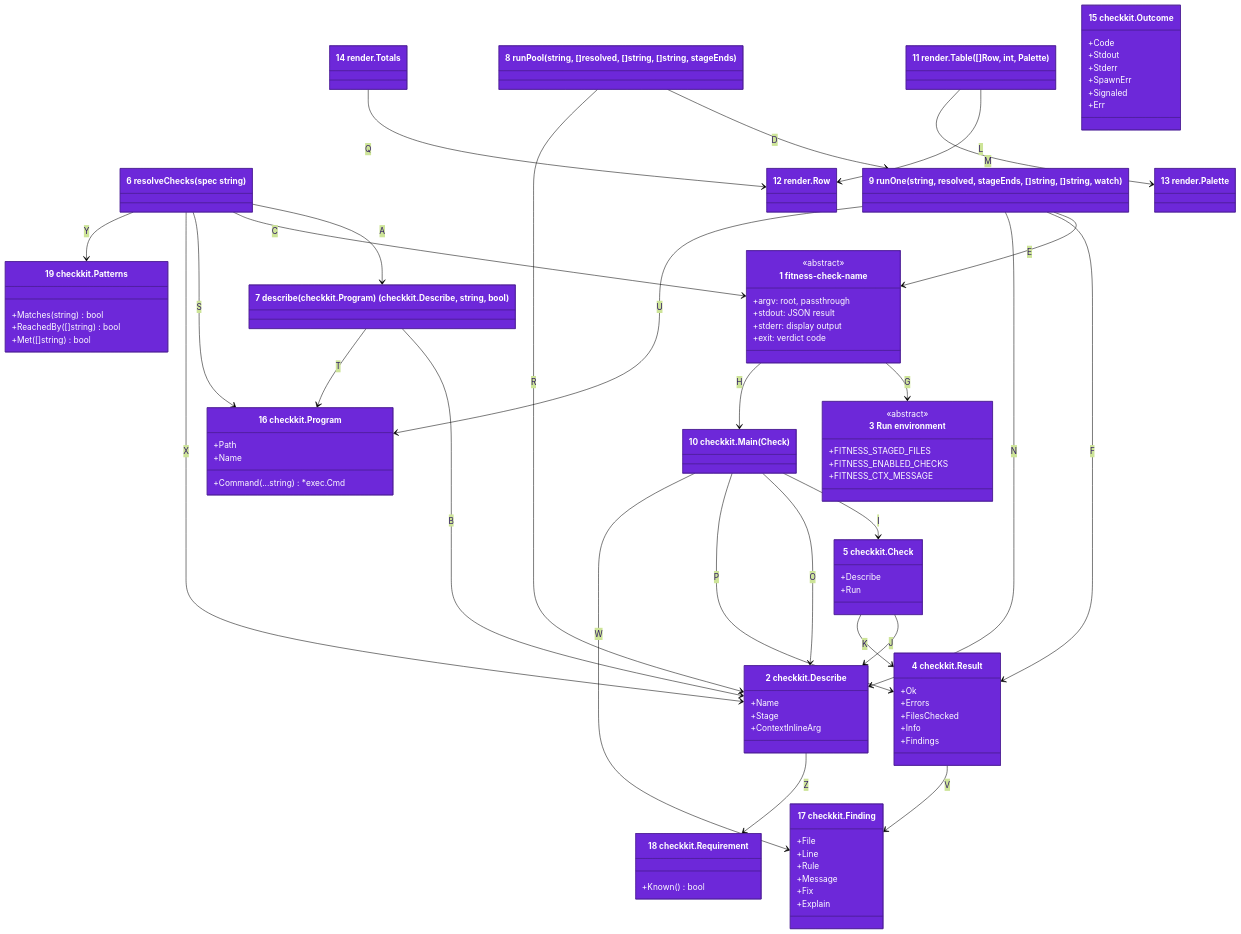
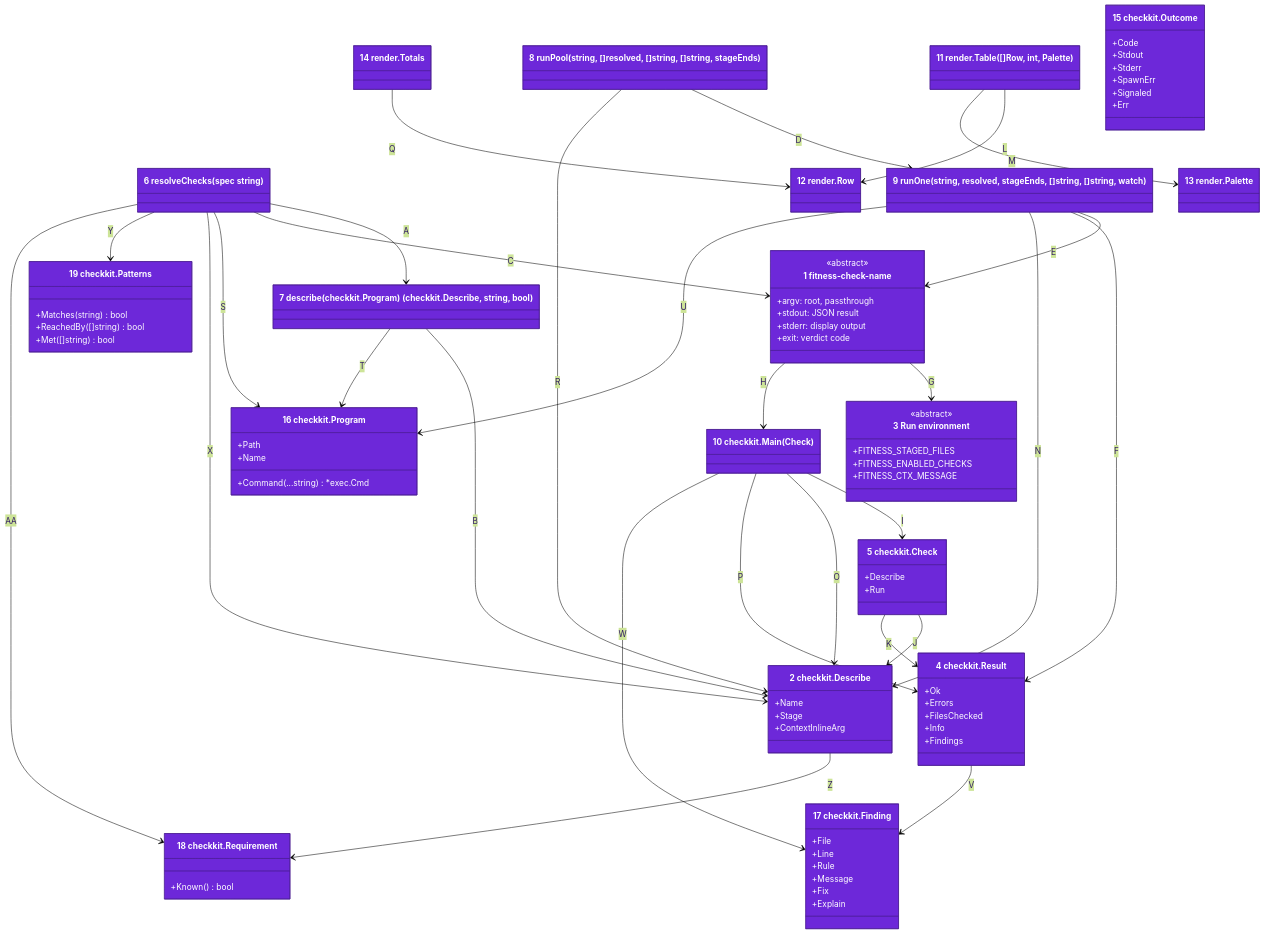
Before and after one commit to may-journal/fitness-runner: the first of 2 diagrams in docs/architecture/04-code.md, drawn with Mermaid (forest theme). The commit also changed other lines of this file and 28 other files, not shown here.

```diff
--- a/docs/architecture/04-code.md
+++ b/docs/architecture/04-code.md
@@ -96,6 +96,7 @@
     }
     resolveChecks --> Patterns : Y
     Describe --> Requirement : Z
+    resolveChecks --> Requirement : AA
 
     style CheckBinary fill:#6d28d9,stroke:#4c1d95,color:#ffffff
     style Describe fill:#6d28d9,stroke:#4c1d95,color:#ffffff
```
